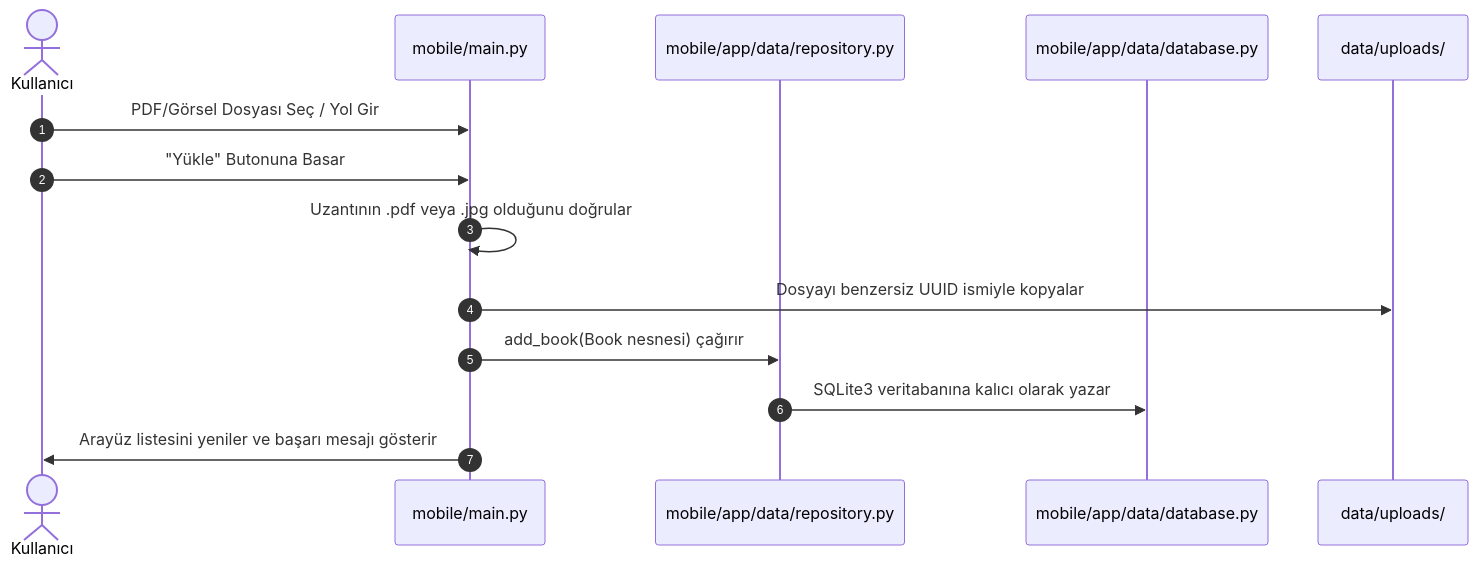
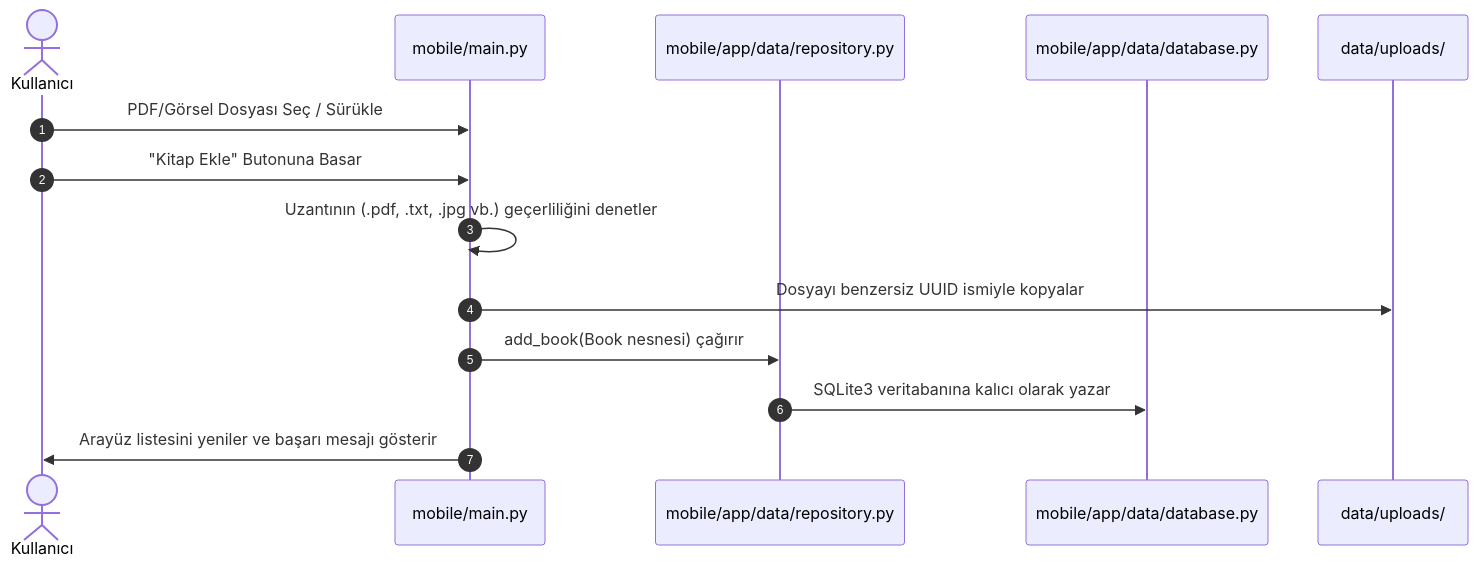
Before and after one commit to elifzehraunal/SnapSum: the first of 2 diagrams in docs/SnapSum_Dökümantasyon.md, drawn with Mermaid. The commit also changed other lines of this file and 5 other files, not shown here.

````diff
--- a/docs/SnapSum_Dökümantasyon.md
+++ b/docs/SnapSum_Dökümantasyon.md
@@ -136,17 +154,17 @@
 ```mermaid
 sequenceDiagram
     autonumber
     actor Kullanıcı
     participant UI as mobile/main.py
     participant Repo as mobile/app/data/repository.py
     participant DB as mobile/app/data/database.py
     participant Storage as data/uploads/
     
-    Kullanıcı->>UI: PDF/Görsel Dosyası Seç / Yol Gir
-    Kullanıcı->>UI: "Yükle" Butonuna Basar
-    UI->>UI: Uzantının .pdf veya .jpg olduğunu doğrular
+    Kullanıcı->>UI: PDF/Görsel Dosyası Seç / Sürükle
+    Kullanıcı->>UI: "Kitap Ekle" Butonuna Basar
+    UI->>UI: Uzantının (.pdf, .txt, .jpg vb.) geçerliliğini denetler
     UI->>Storage: Dosyayı benzersiz UUID ismiyle kopyalar
     UI->>Repo: add_book(Book nesnesi) çağırır
     Repo->>DB: SQLite3 veritabanına kalıcı olarak yazar
     UI->>Kullanıcı: Arayüz listesini yeniler ve başarı mesajı gösterir
 ```
````
